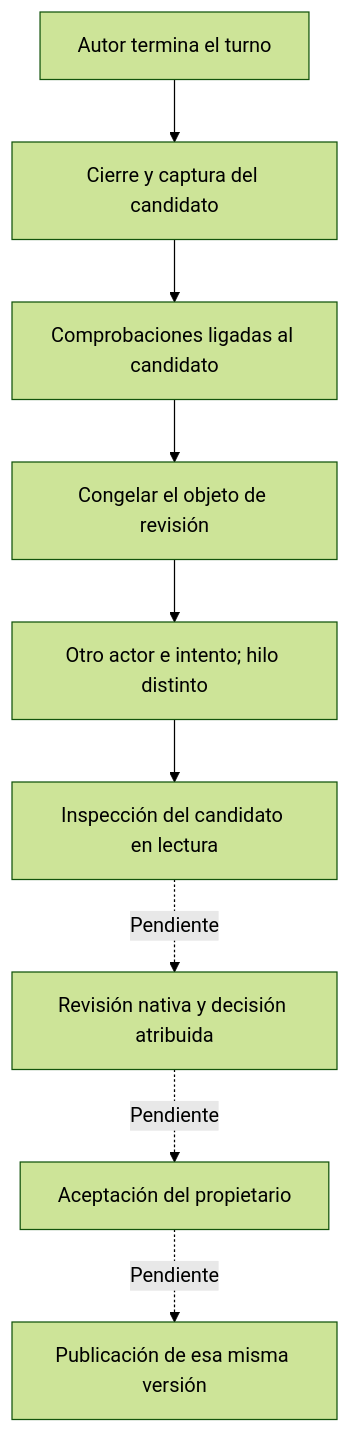
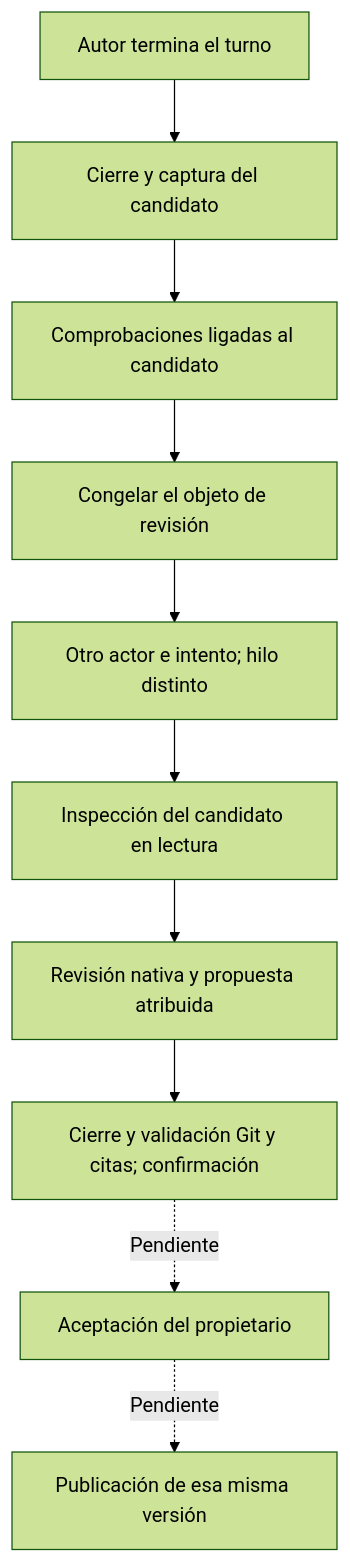
Before and after one commit to Infinibay/researcher: the diagram in docs/modernization/code-reviews.md, drawn with Mermaid (forest theme). The commit also changed other lines of this file and 53 other files, not shown here.

````diff
--- a/docs/modernization/code-reviews.md
+++ b/docs/modernization/code-reviews.md
@@ -9,11 +9,12 @@
 ```mermaid
 flowchart TD
     A[Autor termina el turno] --> B[Cierre y captura del candidato]
     B --> C[Comprobaciones ligadas al candidato]
     C --> D[Congelar el objeto de revisión]
     D --> E[Otro actor e intento; hilo distinto]
     E --> F[Inspección del candidato en lectura]
-    F -. Pendiente .-> G[Revisión nativa y decisión atribuida]
-    G -. Pendiente .-> H[Aceptación del propietario]
+    F --> G[Revisión nativa y propuesta atribuida]
+    G --> V[Cierre y validación Git y citas; confirmación]
+    V -. Pendiente .-> H[Aceptación del propietario]
     H -. Pendiente .-> I[Publicación de esa misma versión]
 ```
````
